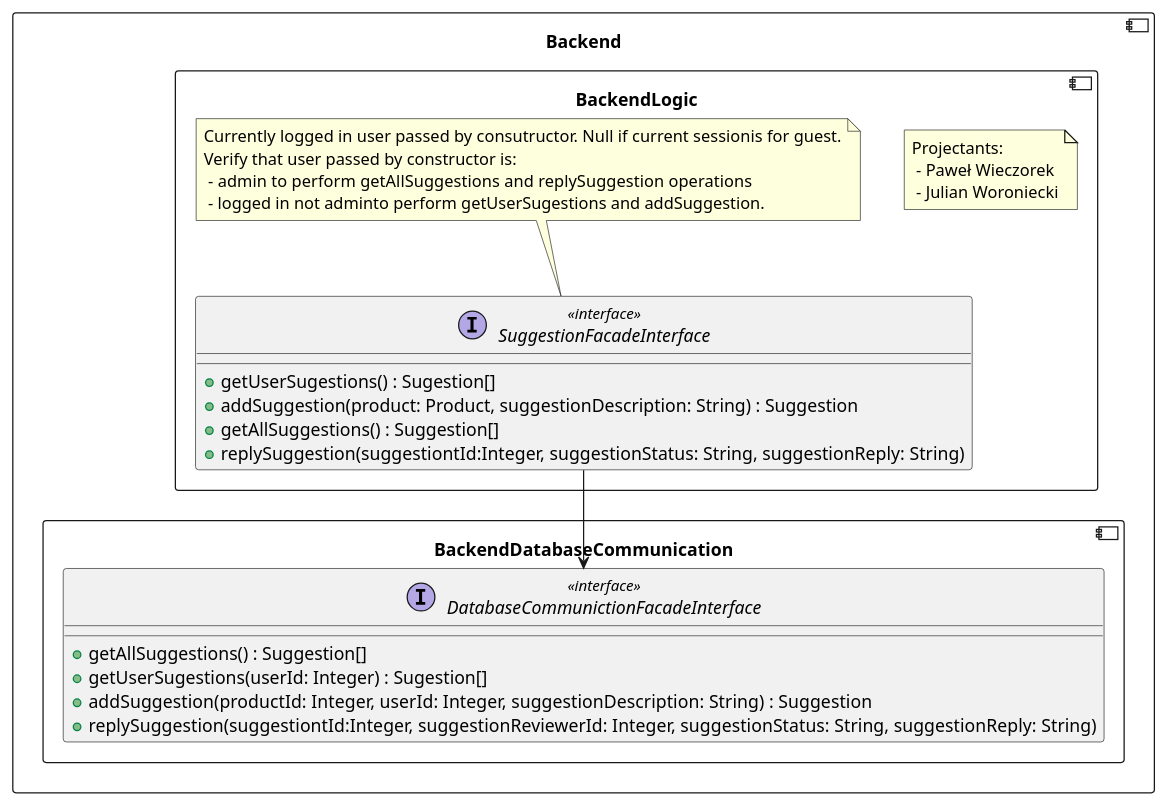
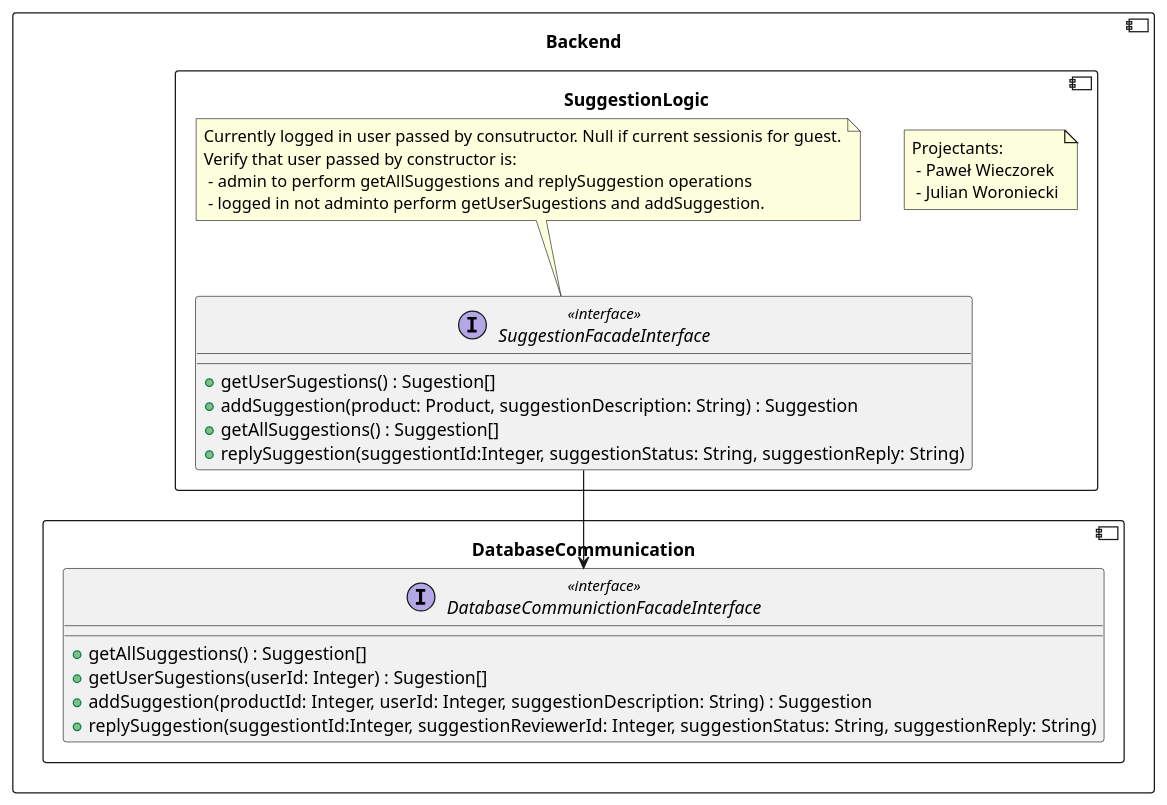
One commit to RadekBucki/OpinionCollectorArchitecture changed the fourth of 5 diagrams in backend/BackendLogic.md. Above: the diagram before and after it, drawn with PlantUML. The commit also changed other lines of this file and 8 other files, not shown here.

````diff
--- a/backend/BackendLogic.md
+++ b/backend/BackendLogic.md
@@ -135,37 +141,37 @@
 ```plantuml
 @startuml
 component Backend {
-    component BackendDatabaseCommunication {
+    component DatabaseCommunication {
         interface DatabaseCommunictionFacadeInterface <<interface>> {
             + getAllSuggestions() : Suggestion[]
             + getUserSugestions(userId: Integer) : Sugestion[]
             + addSuggestion(productId: Integer, userId: Integer, suggestionDescription: String) : Suggestion
             + replySuggestion(suggestiontId:Integer, suggestionReviewerId: Integer, suggestionStatus: String, suggestionReply: String)
         }
     }
     
-    component BackendLogic {
+    component SuggestionLogic {
         note as Authors
             Projectants: 
              - Paweł Wieczorek
              - Julian Woroniecki
         endnote
         
         SuggestionFacadeInterface  --> DatabaseCommunictionFacadeInterface
         interface SuggestionFacadeInterface <<interface>> {
             + getUserSugestions() : Sugestion[]
             + addSuggestion(product: Product, suggestionDescription: String) : Suggestion
             + getAllSuggestions() : Suggestion[]
             + replySuggestion(suggestiontId:Integer, suggestionStatus: String, suggestionReply: String)
         }
     
         note top of SuggestionFacadeInterface
             Currently logged in user passed by consutructor. Null if current sessionis for guest.
             Verify that user passed by constructor is:
              - admin to perform  getAllSuggestions and replySuggestion operations
              - logged in not adminto perform getUserSugestions and addSuggestion.
         endnote
     }
 }
 @enduml 
 ```
````
